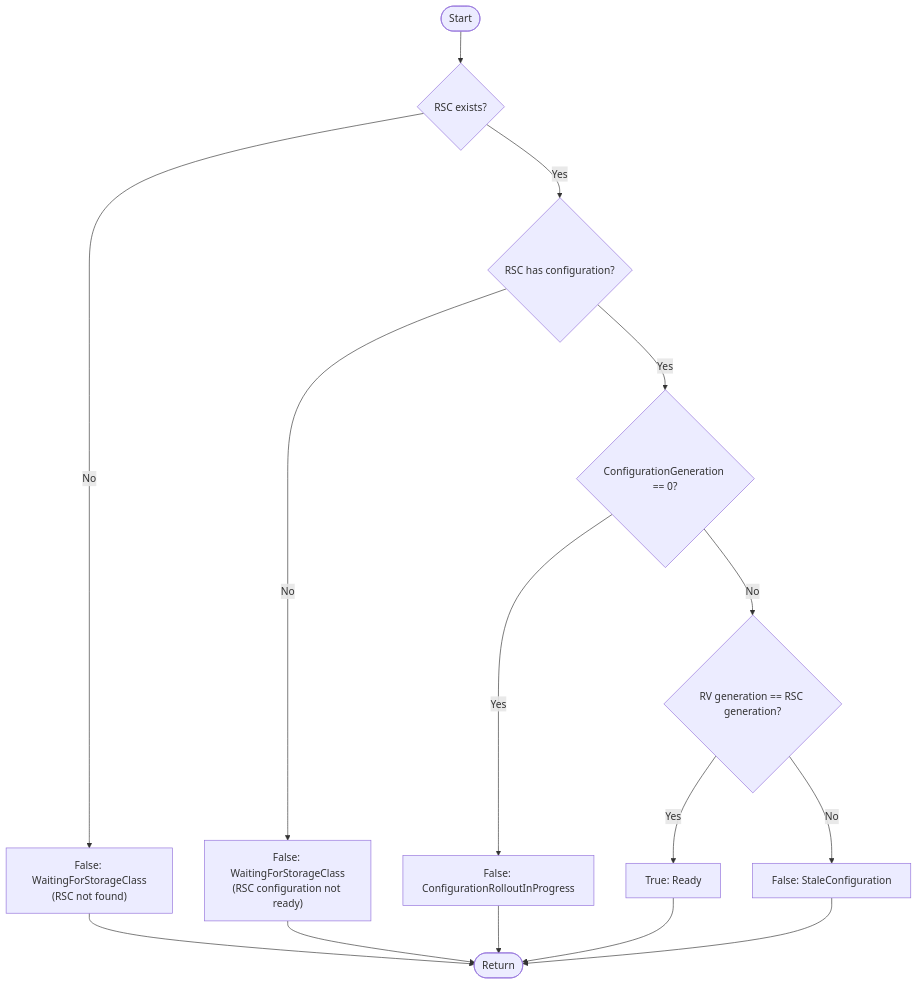
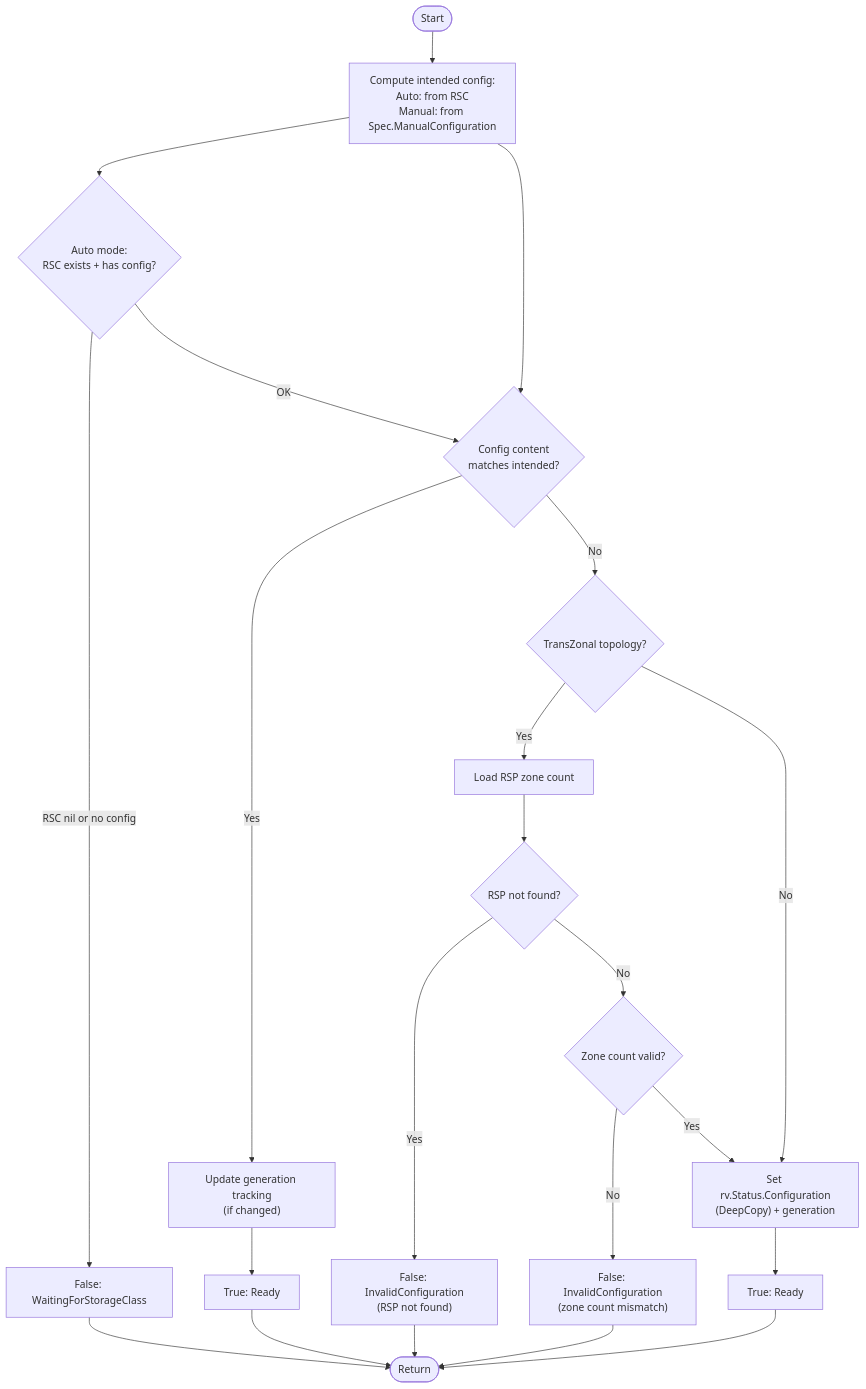
One commit to deckhouse/sds-replicated-volume changed the ninth of 13 diagrams in images/controller/internal/controllers/rv_controller/README.md. Above: the diagram before and after it, drawn with Mermaid. The commit also changed other lines of this file and 29 other files, not shown here.

````diff
--- a/images/controller/internal/controllers/rv_controller/README.md
+++ b/images/controller/internal/controllers/rv_controller/README.md
@@ -697,20 +708,29 @@
 ```mermaid
 flowchart TD
-    Start([Start]) --> CheckRSC{RSC exists?}
-    CheckRSC -->|No| SetWaiting1["False: WaitingForStorageClass<br/>(RSC not found)"]
-    SetWaiting1 --> End([Return])
+    Start([Start]) --> ComputeIntended["Compute intended config:<br/>Auto: from RSC<br/>Manual: from Spec.ManualConfiguration"]
 
-    CheckRSC -->|Yes| CheckRSCConfig{RSC has configuration?}
-    CheckRSCConfig -->|No| SetWaiting2["False: WaitingForStorageClass<br/>(RSC configuration not ready)"]
-    SetWaiting2 --> End
+    ComputeIntended --> CheckAutoSource{"Auto mode:<br/>RSC exists + has config?"}
+    CheckAutoSource -->|"RSC nil or no config"| SetWaiting["False: WaitingForStorageClass"]
+    SetWaiting --> End([Return])
+    CheckAutoSource -->|OK| ContentCheck
 
-    CheckRSCConfig -->|Yes| CheckGen{ConfigurationGeneration == 0?}
-    CheckGen -->|Yes| SetRollout["False: ConfigurationRolloutInProgress"]
-    SetRollout --> End
+    ComputeIntended --> ContentCheck{"Config content<br/>matches intended?"}
+    ContentCheck -->|Yes| UpdateGen["Update generation tracking<br/>(if changed)"]
+    UpdateGen --> SetReady1["True: Ready"]
+    SetReady1 --> End
 
-    CheckGen -->|No| CheckMatch{RV generation == RSC generation?}
-    CheckMatch -->|Yes| SetReady["True: Ready"]
-    CheckMatch -->|No| SetStale["False: StaleConfiguration"]
-    SetReady --> End
-    SetStale --> End
+    ContentCheck -->|No| CheckTransZonal{"TransZonal topology?"}
+    CheckTransZonal -->|Yes| LoadRSP["Load RSP zone count"]
+    LoadRSP --> RSPNotFound{"RSP not found?"}
+    RSPNotFound -->|Yes| SetInvalid1["False: InvalidConfiguration<br/>(RSP not found)"]
+    SetInvalid1 --> End
+    RSPNotFound -->|No| ValidateZones{"Zone count valid?"}
+    ValidateZones -->|No| SetInvalid2["False: InvalidConfiguration<br/>(zone count mismatch)"]
+    SetInvalid2 --> End
+    ValidateZones -->|Yes| SetConfig
+    CheckTransZonal -->|No| SetConfig
+
+    SetConfig["Set rv.Status.Configuration<br/>(DeepCopy) + generation"]
+    SetConfig --> SetReady2["True: Ready"]
+    SetReady2 --> End
 ```
````
